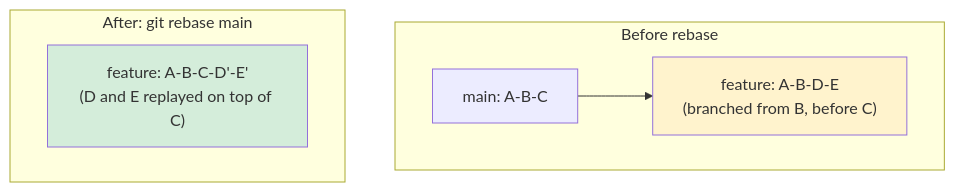
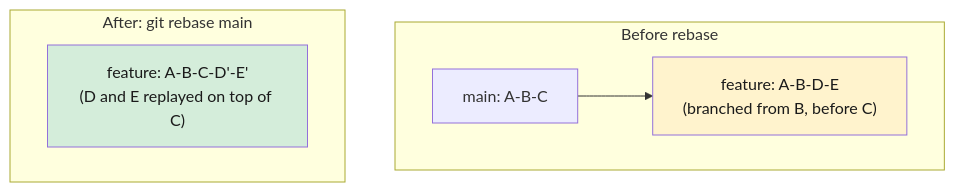
Before and after one commit to ghanendra-sdet/git-tutorials: the third of 3 diagrams in 04-undo-and-recovery/README.md, drawn with Mermaid. The commit also changed other lines of this file and 5 other files, not shown here.

First line of the commit message:
fix: illegible mermaid diagram text in dark mode

````diff
--- a/04-undo-and-recovery/README.md
+++ b/04-undo-and-recovery/README.md
@@ -219,11 +219,11 @@
 ```mermaid
 graph TB
     subgraph "Before rebase"
         A1[main: A-B-C] --> A2["feature: A-B-D-E<br/>(branched from B, before C)"]
     end
     subgraph "After: git rebase main"
         C1["feature: A-B-C-D'-E'<br/>(D and E replayed on top of C)"]
     end
-    style A2 fill:#fff3cd
-    style C1 fill:#d4edda
+    style A2 fill:#fff3cd,color:#1a1a1a
+    style C1 fill:#d4edda,color:#1a1a1a
 ```
````
